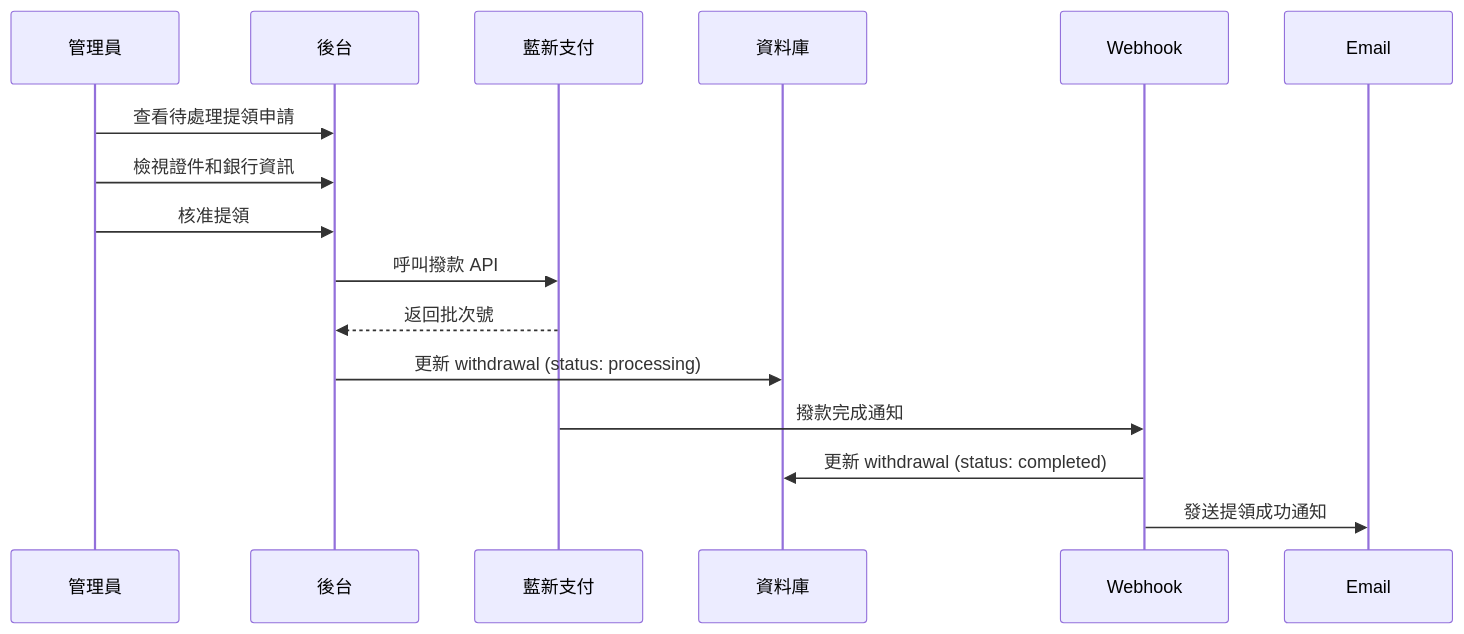
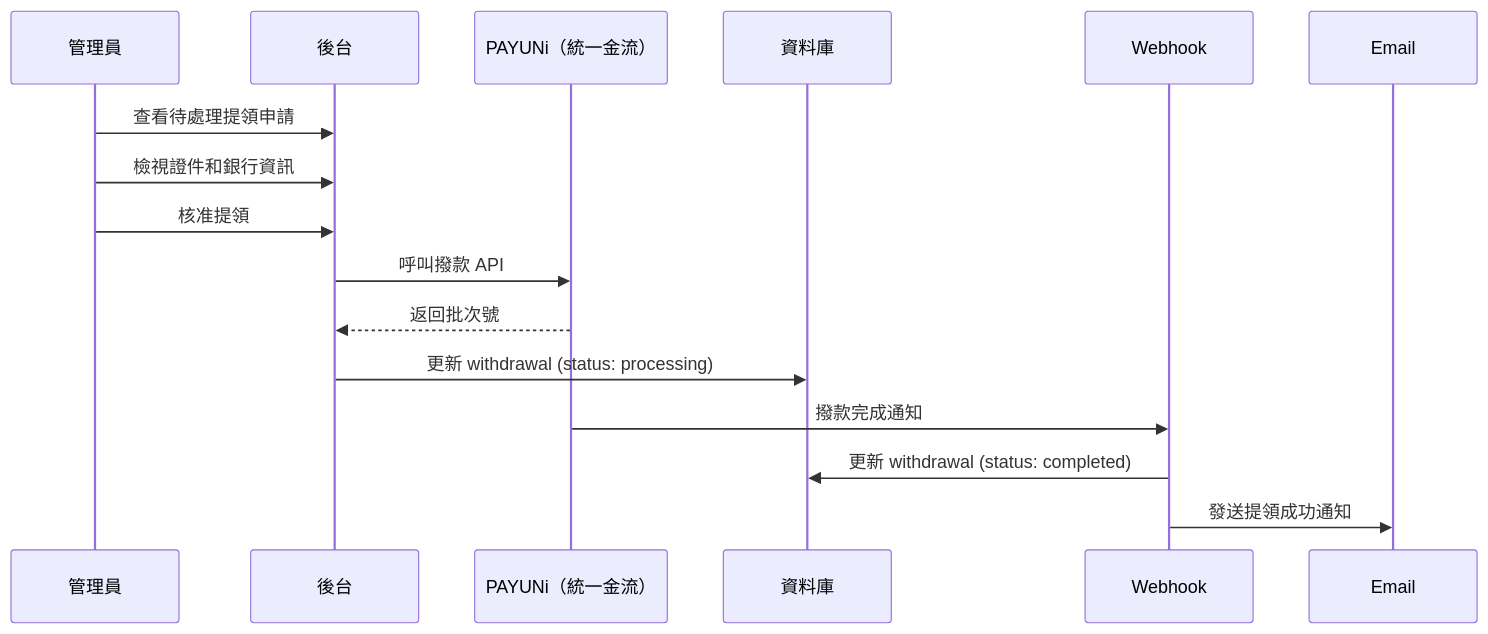
One commit to zhenheco/autoseo changed the sixth of 6 diagrams in docs/AFFILIATE_SYSTEM_DESIGN.md. Above: the diagram before and after it, drawn with Mermaid. The commit also changed other lines of this file and 30 other files, not shown here.

Commit message:
docs: 清理藍新金流殘留引用，統一為 PAYUNi 統一金流

````diff
--- a/docs/AFFILIATE_SYSTEM_DESIGN.md
+++ b/docs/AFFILIATE_SYSTEM_DESIGN.md
@@ -327,12 +327,12 @@
 ```mermaid
 sequenceDiagram
     管理員->>後台: 查看待處理提領申請
     管理員->>後台: 檢視證件和銀行資訊
     管理員->>後台: 核准提領
-    後台->>藍新支付: 呼叫撥款 API
-    藍新支付-->>後台: 返回批次號
+    後台->>PAYUNi（統一金流）: 呼叫撥款 API
+    PAYUNi（統一金流）-->>後台: 返回批次號
     後台->>資料庫: 更新 withdrawal (status: processing)
-    藍新支付->>Webhook: 撥款完成通知
+    PAYUNi（統一金流）->>Webhook: 撥款完成通知
     Webhook->>資料庫: 更新 withdrawal (status: completed)
     Webhook->>Email: 發送提領成功通知
 ```
````
